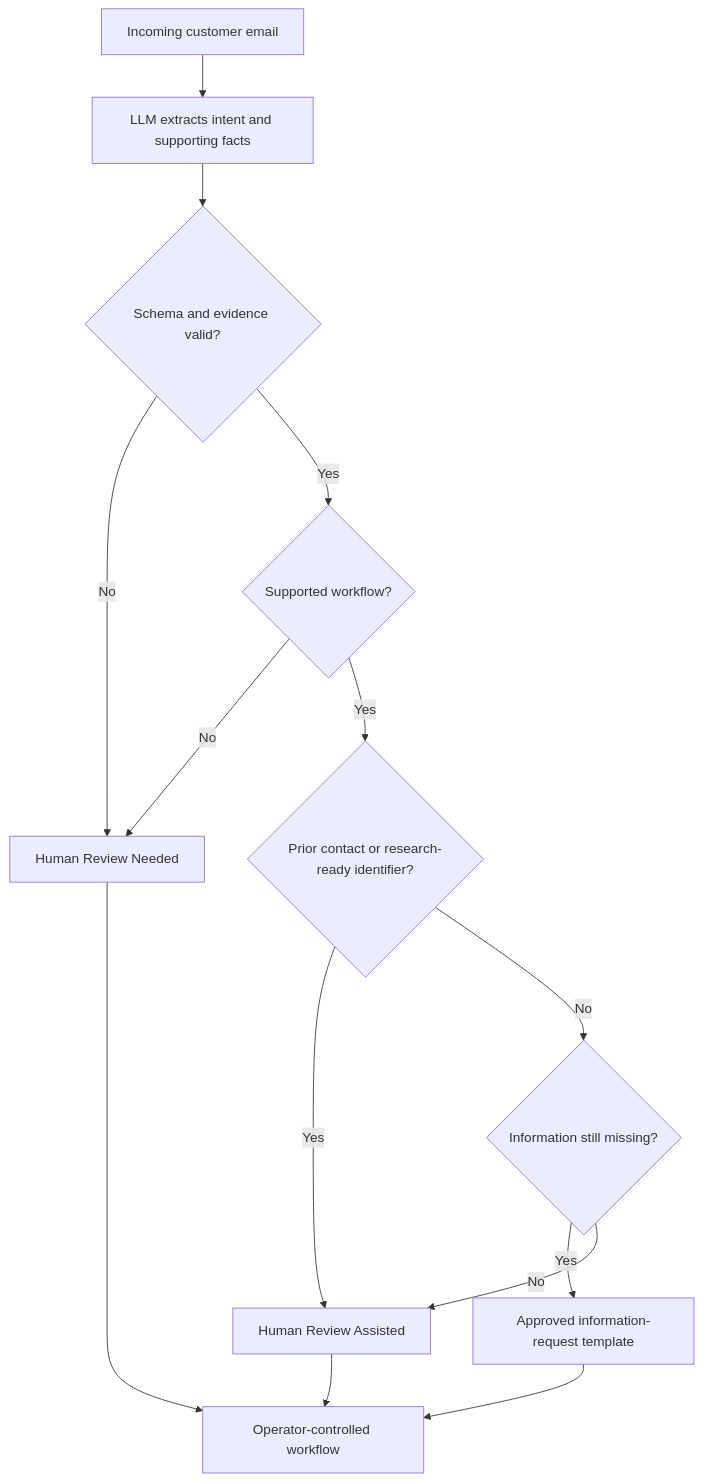
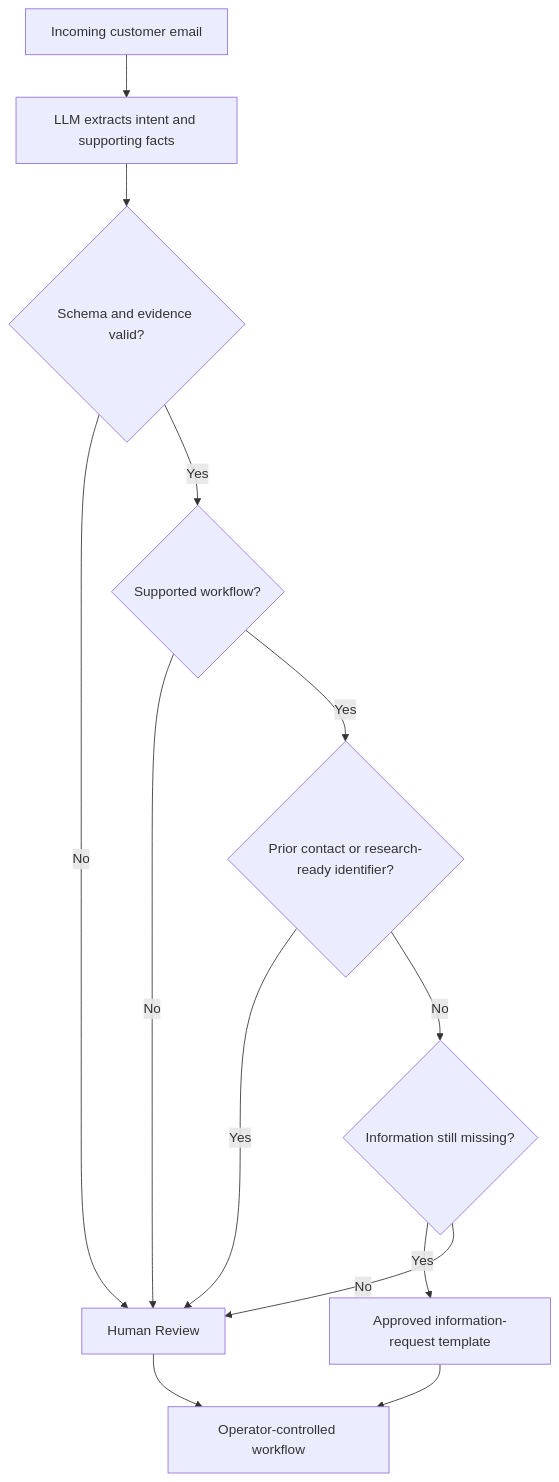
The diagram in README.md (mideaborowa/governed-ai-email-workflow), drawn with Mermaid before and after one commit. The commit also changed other lines of this file and 1 other file, not shown here.

````diff
--- a/README.md
+++ b/README.md
@@ -37,16 +37,15 @@
 ```mermaid
 flowchart TD
     A[Incoming customer email] --> B[LLM extracts intent and supporting facts]
     B --> C{Schema and evidence valid?}
-    C -- No --> N[Human Review Needed]
+    C -- No --> H[Human Review]
     C -- Yes --> D{Supported workflow?}
-    D -- No --> N
+    D -- No --> H
     D -- Yes --> E{Prior contact or research-ready identifier?}
-    E -- Yes --> H[Human Review Assisted]
+    E -- Yes --> H
     E -- No --> F{Information still missing?}
     F -- Yes --> T[Approved information-request template]
     F -- No --> H
     T --> G[Operator-controlled workflow]
     H --> G
-    N --> G
 ```
````
